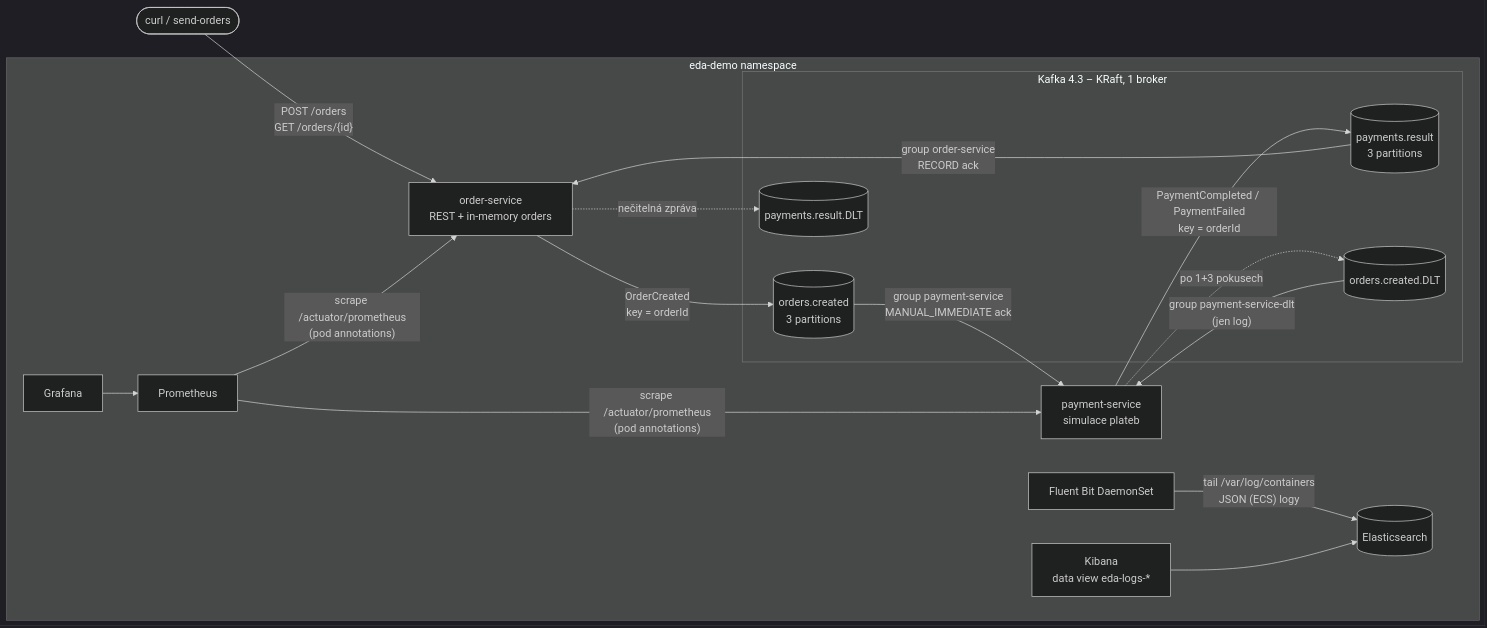
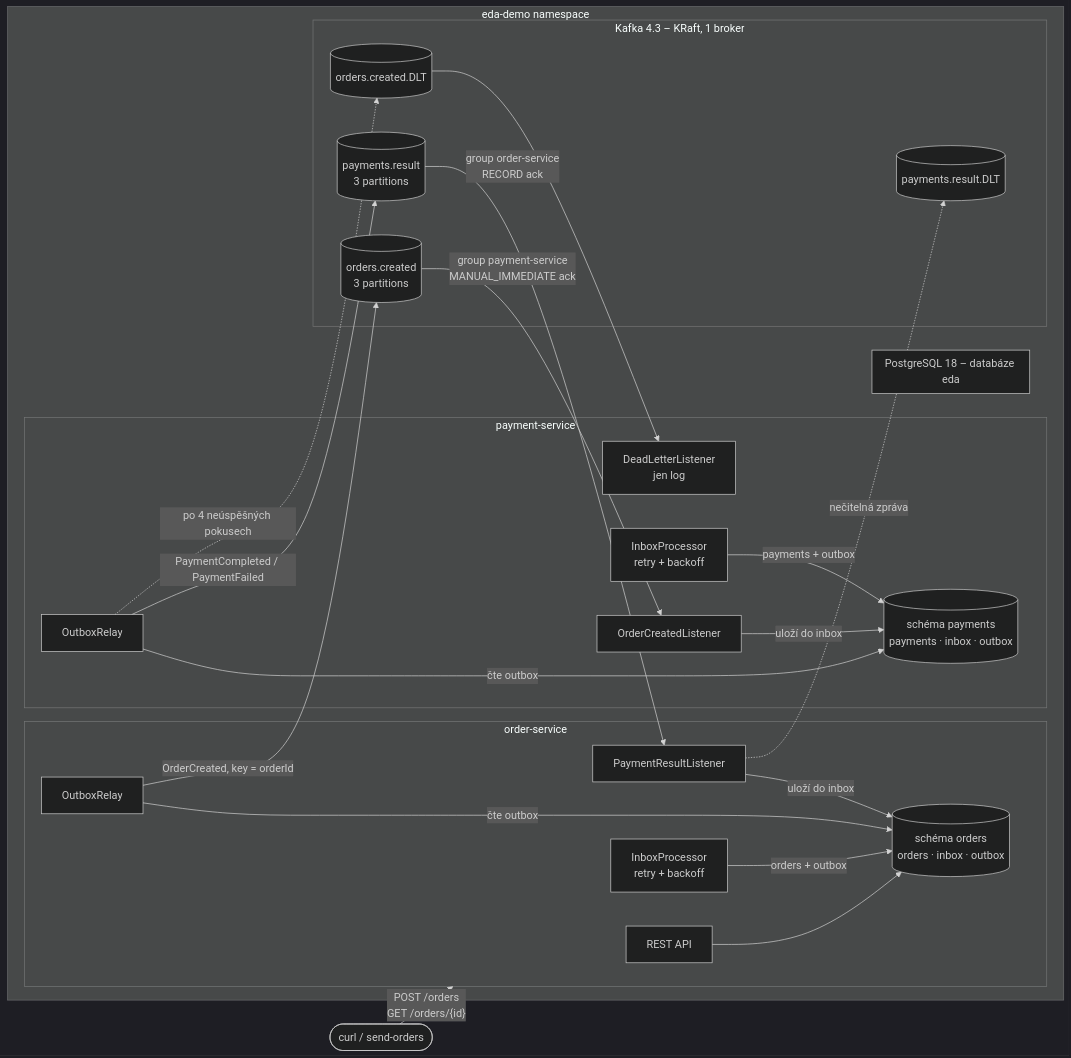
Before and after one commit to eriskooo/event-driven-demo: the diagram in README.md, drawn with Mermaid (dark theme). The commit also changed other lines of this file and 112 other files, not shown here.

First line of the commit message:
Add PostgreSQL with transactional inbox/outbox and slim base deployment

````diff
--- a/README.md
+++ b/README.md
@@ -9,29 +10,40 @@
 ```mermaid
 flowchart LR
     client([curl / send-orders]) -- "POST /orders<br/>GET /orders/{id}" --> OS
 
     subgraph eda-demo namespace
-        OS[order-service<br/>REST + in-memory orders]
-        PS[payment-service<br/>simulace plateb]
+        subgraph OS [order-service]
+            OAPI[REST API] --> ODB
+            ORELAY[OutboxRelay] -- "čte outbox" --> ODB
+            OLIS[PaymentResultListener] -- "uloží do inbox" --> ODB
+            OPROC[InboxProcessor<br/>retry + backoff] -- "orders + outbox" --> ODB
+        end
+
+        subgraph PS [payment-service]
+            PLIS[OrderCreatedListener] -- "uloží do inbox" --> PDB
+            PPROC[InboxProcessor<br/>retry + backoff] -- "payments + outbox" --> PDB
+            PRELAY[OutboxRelay] -- "čte outbox" --> PDB
+            PDLT[DeadLetterListener<br/>jen log]
+        end
+
+        subgraph PG [PostgreSQL 18 – databáze eda]
+            ODB[(schéma orders<br/>orders · inbox · outbox)]
+            PDB[(schéma payments<br/>payments · inbox · outbox)]
+        end
 
         subgraph Kafka [Kafka 4.3 – KRaft, 1 broker]
             T1[(orders.created<br/>3 partitions)]
             T2[(payments.result<br/>3 partitions)]
             D1[(orders.created.DLT)]
             D2[(payments.result.DLT)]
         end
 
-        OS -- "OrderCreated<br/>key = orderId" --> T1
-        T1 -- "group payment-service<br/>MANUAL_IMMEDIATE ack" --> PS
-        PS -- "PaymentCompleted / PaymentFailed<br/>key = orderId" --> T2
-        T2 -- "group order-service<br/>RECORD ack" --> OS
-        PS -. "po 1+3 pokusech" .-> D1
-        OS -. "nečitelná zpráva" .-> D2
-        D1 -- "group payment-service-dlt<br/>(jen log)" --> PS
-
-        PROM[Prometheus] -- "scrape /actuator/prometheus<br/>(pod annotations)" --> OS & PS
-        GRAF[Grafana] --> PROM
-        FB[Fluent Bit DaemonSet] -- "tail /var/log/containers<br/>JSON (ECS) logy" --> ES[(Elasticsearch)]
-        KIB[Kibana<br/>data view eda-logs-*] --> ES
+        ORELAY -- "OrderCreated, key = orderId" --> T1
+        T1 -- "group payment-service<br/>MANUAL_IMMEDIATE ack" --> PLIS
+        PRELAY -- "PaymentCompleted / PaymentFailed" --> T2
+        T2 -- "group order-service<br/>RECORD ack" --> OLIS
+        PRELAY -. "po 4 neúspěšných pokusech" .-> D1
+        OLIS -. "nečitelná zpráva" .-> D2
+        D1 --> PDLT
     end
 ```
````
